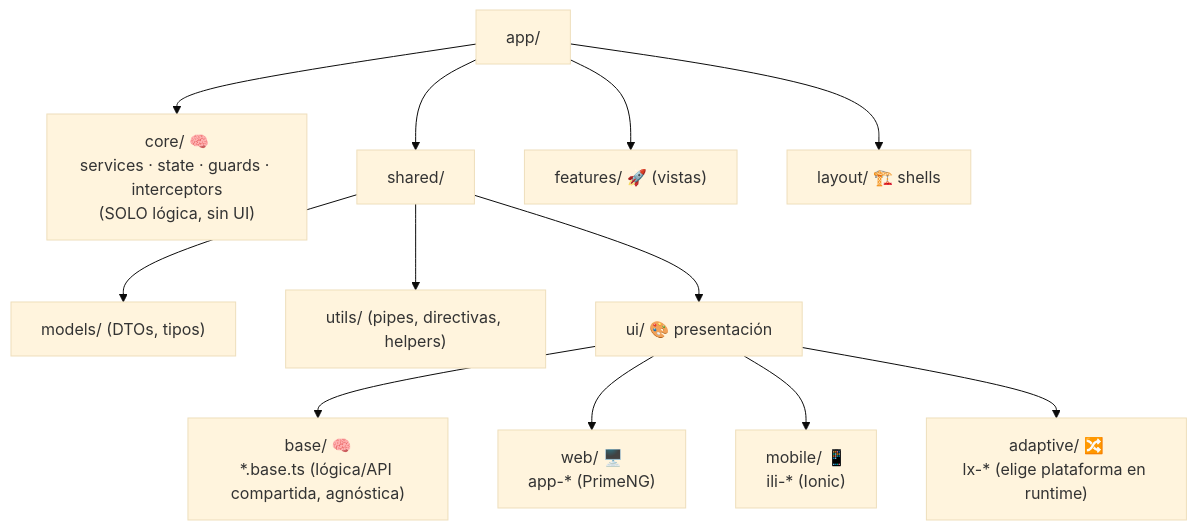
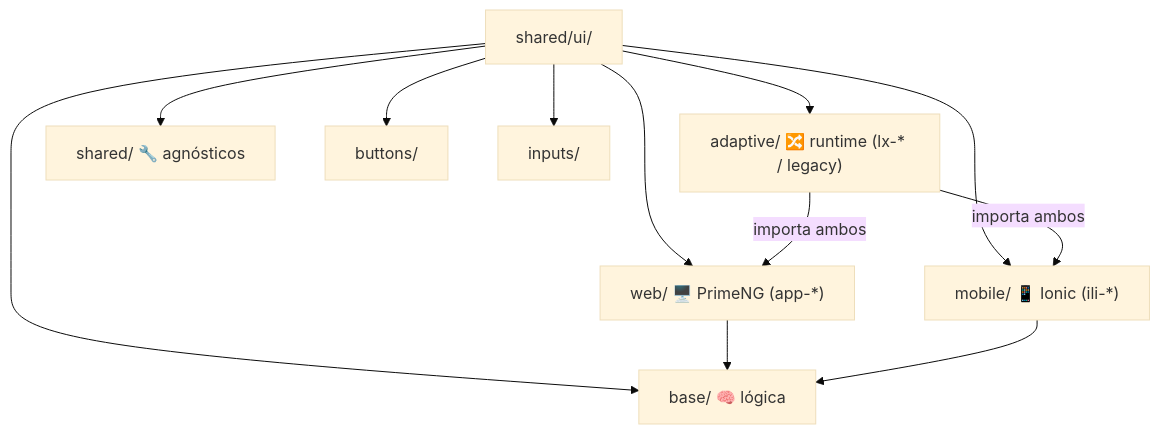
Before and after one commit to geshyrihu/luxuryapp-angular: the first of 2 diagrams in src/app/shared/ui/arquitectura-shared-ui.md, drawn with Mermaid (base theme). The commit also changed other lines of this file and 26 other files, not shown here.

````diff
--- a/src/app/shared/ui/arquitectura-shared-ui.md
+++ b/src/app/shared/ui/arquitectura-shared-ui.md
@@ -39,17 +49,15 @@
 ```mermaid
 graph TD
-    APP["app/"]
-    APP --> CORE["core/ 🧠<br/>services · state · guards · interceptors<br/>(SOLO lógica, sin UI)"]
-    APP --> SHARED["shared/"]
-    APP --> FEAT["features/ 🚀 (vistas)"]
-    APP --> LAYOUT["layout/ 🏗️ shells"]
-
-    SHARED --> MODELS["models/ (DTOs, tipos)"]
-    SHARED --> UTILS["utils/ (pipes, directivas, helpers)"]
-    SHARED --> UI["ui/ 🎨 presentación"]
-
-    UI --> BASE["base/ 🧠<br/>*.base.ts (lógica/API compartida, agnóstica)"]
-    UI --> WEB["web/ 🖥️<br/>app-* (PrimeNG)"]
-    UI --> MOB["mobile/ 📱<br/>ili-* (Ionic)"]
-    UI --> ADA["adaptive/ 🔀<br/>lx-* (elige plataforma en runtime)"]
+    UI["shared/ui/"]
+    UI --> BASE["base/ 🧠 lógica"]
+    UI --> WEB["web/ 🖥️ PrimeNG (app-*)"]
+    UI --> MOB["mobile/ 📱 Ionic (ili-*)"]
+    UI --> ADA["adaptive/ 🔀 runtime (lx-* / legacy)"]
+    UI --> SH["shared/ 🔧 agnósticos"]
+    UI --> BTN["buttons/"]
+    UI --> INP["inputs/"]
+    ADA -->|importa ambos| WEB
+    ADA -->|importa ambos| MOB
+    WEB --> BASE
+    MOB --> BASE
 ```
````
